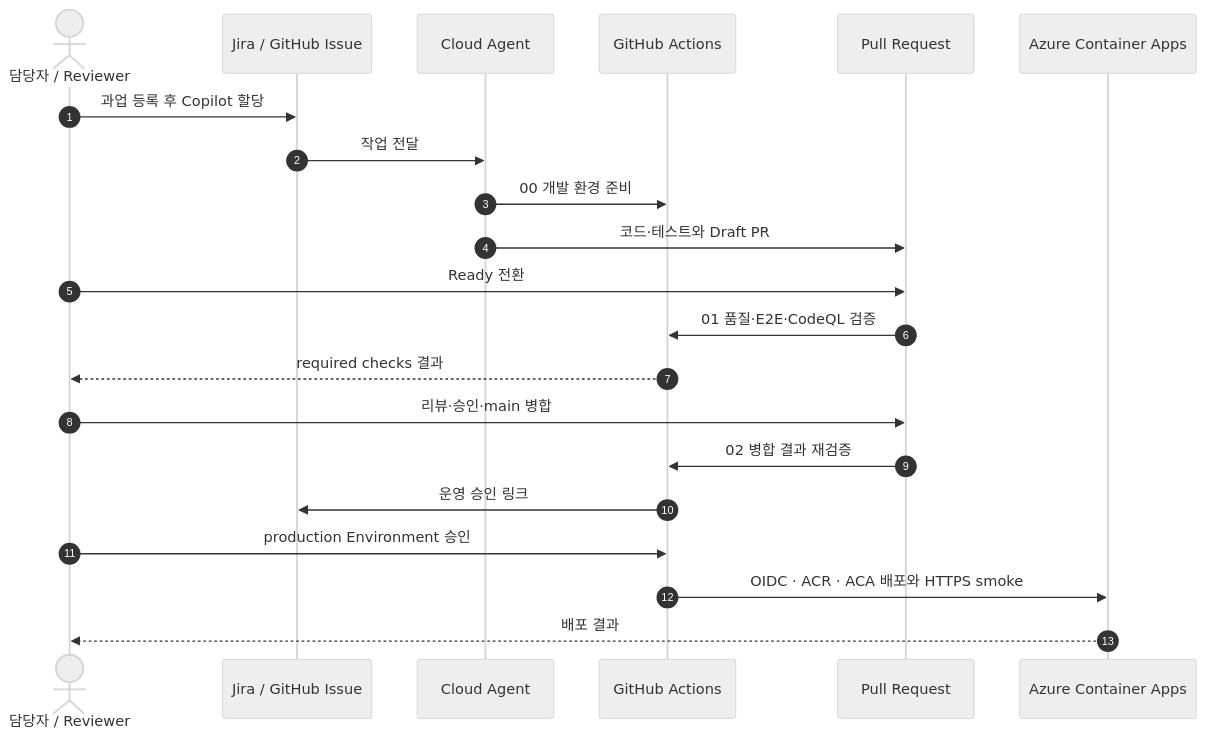
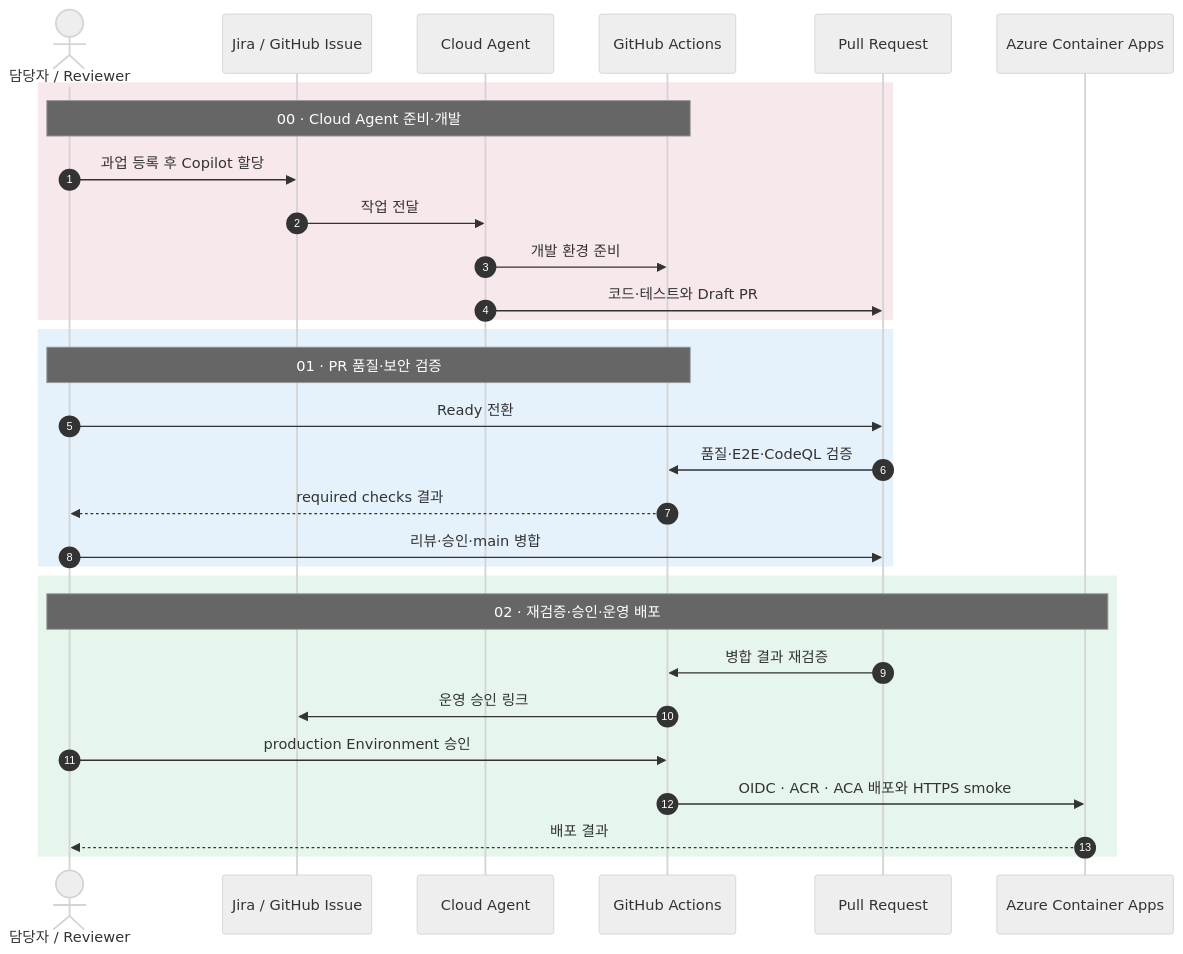
The first of 4 diagrams in README.md (hijigoo/dev-agent-workflow), drawn with Mermaid (neutral theme) before and after one commit. The commit also changed 1 other file, not shown here.

Commit message:
docs: group main Agentic sequence stages
Keep one end-to-end sequence while visually grouping setup and development, PR validation, and post-merge deployment stages in both README and the HTML tutorial.

````diff
--- a/README.md
+++ b/README.md
@@ -40,24 +40,33 @@
 ```mermaid
 sequenceDiagram
     autonumber
     actor Human as 담당자 / Reviewer
     participant Issue as Jira / GitHub Issue
     participant Agent as Cloud Agent
     participant Actions as GitHub Actions
     participant PR as Pull Request
     participant Azure as Azure Container Apps
 
-    Human->>Issue: 과업 등록 후 Copilot 할당
-    Issue->>Agent: 작업 전달
-    Agent->>Actions: 00 개발 환경 준비
-    Agent->>PR: 코드·테스트와 Draft PR
-    Human->>PR: Ready 전환
-    PR->>Actions: 01 품질·E2E·CodeQL 검증
-    Actions-->>Human: required checks 결과
-    Human->>PR: 리뷰·승인·main 병합
-    PR->>Actions: 02 병합 결과 재검증
-    Actions->>Issue: 운영 승인 링크
-    Human->>Actions: production Environment 승인
-    Actions->>Azure: OIDC · ACR · ACA 배포와 HTTPS smoke
-    Azure-->>Human: 배포 결과
+    rect rgba(177, 31, 75, 0.10)
+        Note over Human,Actions: 00 · Cloud Agent 준비·개발
+        Human->>Issue: 과업 등록 후 Copilot 할당
+        Issue->>Agent: 작업 전달
+        Agent->>Actions: 개발 환경 준비
+        Agent->>PR: 코드·테스트와 Draft PR
+    end
+    rect rgba(0, 120, 212, 0.10)
+        Note over Human,Actions: 01 · PR 품질·보안 검증
+        Human->>PR: Ready 전환
+        PR->>Actions: 품질·E2E·CodeQL 검증
+        Actions-->>Human: required checks 결과
+        Human->>PR: 리뷰·승인·main 병합
+    end
+    rect rgba(22, 163, 74, 0.10)
+        Note over Human,Azure: 02 · 재검증·승인·운영 배포
+        PR->>Actions: 병합 결과 재검증
+        Actions->>Issue: 운영 승인 링크
+        Human->>Actions: production Environment 승인
+        Actions->>Azure: OIDC · ACR · ACA 배포와 HTTPS smoke
+        Azure-->>Human: 배포 결과
+    end
 ```
````
